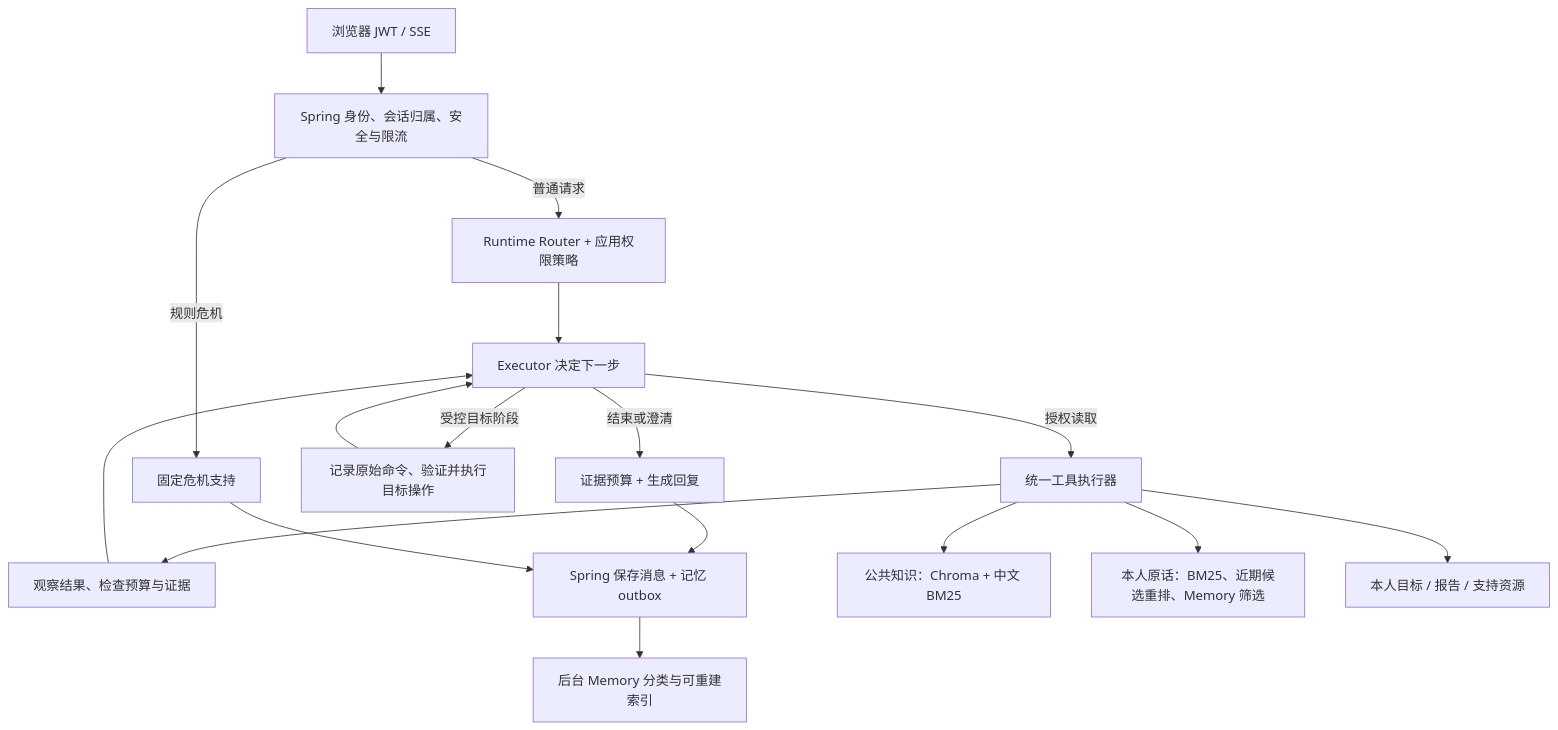
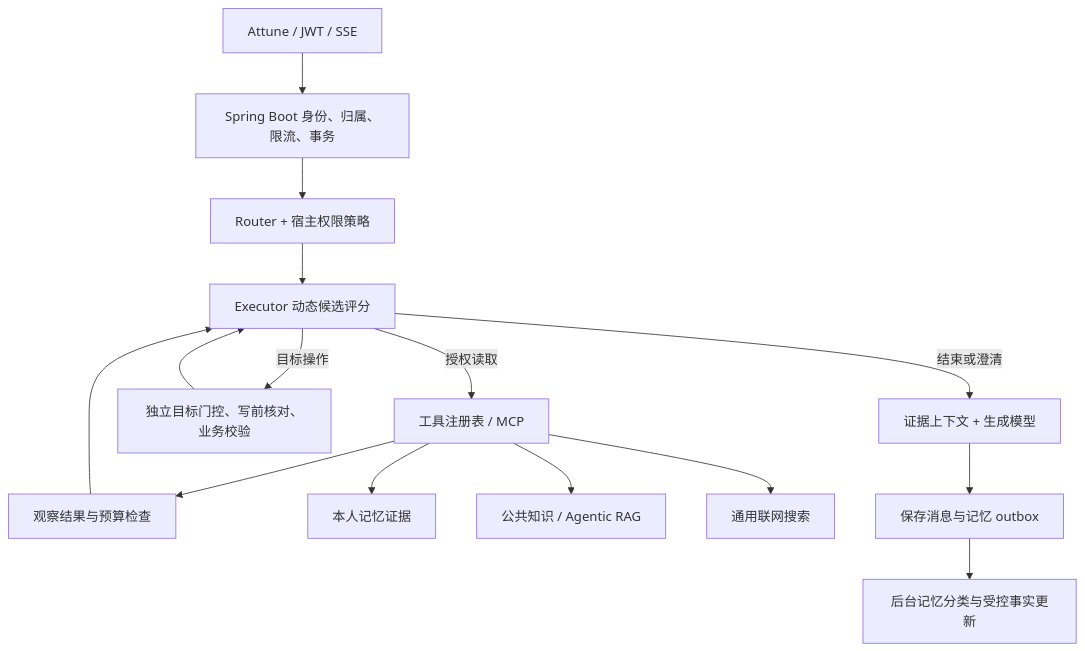
Before and after one commit to Vaniloo/psych-agent-engineering: the diagram in README.md, drawn with Mermaid. The commit also changed other lines of this file and 293 other files, not shown here.

````diff
--- a/README.md
+++ b/README.md
@@ -28,19 +19,17 @@
 ```mermaid
 flowchart TD
-    UI[浏览器 JWT / SSE] --> J[Spring 身份、会话归属、安全与限流]
-    J -->|普通请求| R[Runtime Router + 应用权限策略]
-    J -->|规则危机| C[固定危机支持]
-    R --> D[Executor 决定下一步]
-    D -->|授权读取| T[统一工具执行器]
-    T --> O[观察结果、检查预算与证据]
-    O --> D
-    D -->|受控目标阶段| W[记录原始命令、验证并执行目标操作]
-    W --> D
-    D -->|结束或澄清| A[证据预算 + 生成回复]
-    A --> S[Spring 保存消息 + 记忆 outbox]
-    C --> S
-    S --> M[后台 Memory 分类与可重建索引]
-    T --> KB[公共知识：Chroma + 中文 BM25]
-    T --> MEM[本人原话：BM25、近期候选重排、Memory 筛选]
-    T --> B[本人目标 / 报告 / 支持资源]
+    UI[Attune / JWT / SSE] --> JAVA[Spring Boot 身份、归属、限流、事务]
+    JAVA --> ROUTE[Router + 宿主权限策略]
+    ROUTE --> DECIDE[Executor 动态候选评分]
+    DECIDE -->|授权读取| TOOL[工具注册表 / MCP]
+    TOOL --> OBS[观察结果与预算检查]
+    OBS --> DECIDE
+    TOOL --> MEMORY[本人记忆证据]
+    TOOL --> RAG[公共知识 / Agentic RAG]
+    TOOL --> WEB[通用联网搜索]
+    DECIDE -->|目标操作| GOAL[独立目标门控、写前核对、业务校验]
+    GOAL --> DECIDE
+    DECIDE -->|结束或澄清| RESPONSE[证据上下文 + 生成模型]
+    RESPONSE --> SAVE[保存消息与记忆 outbox]
+    SAVE --> UPDATE[后台记忆分类与受控事实更新]
 ```
````
